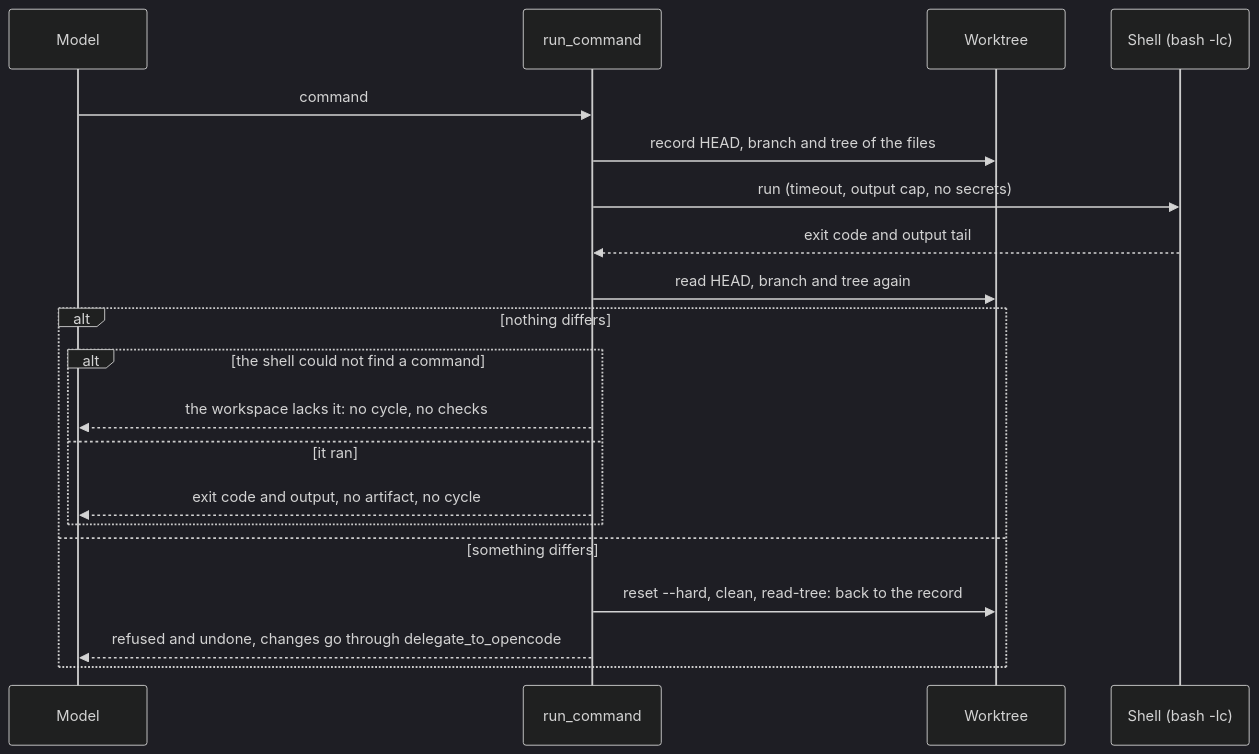
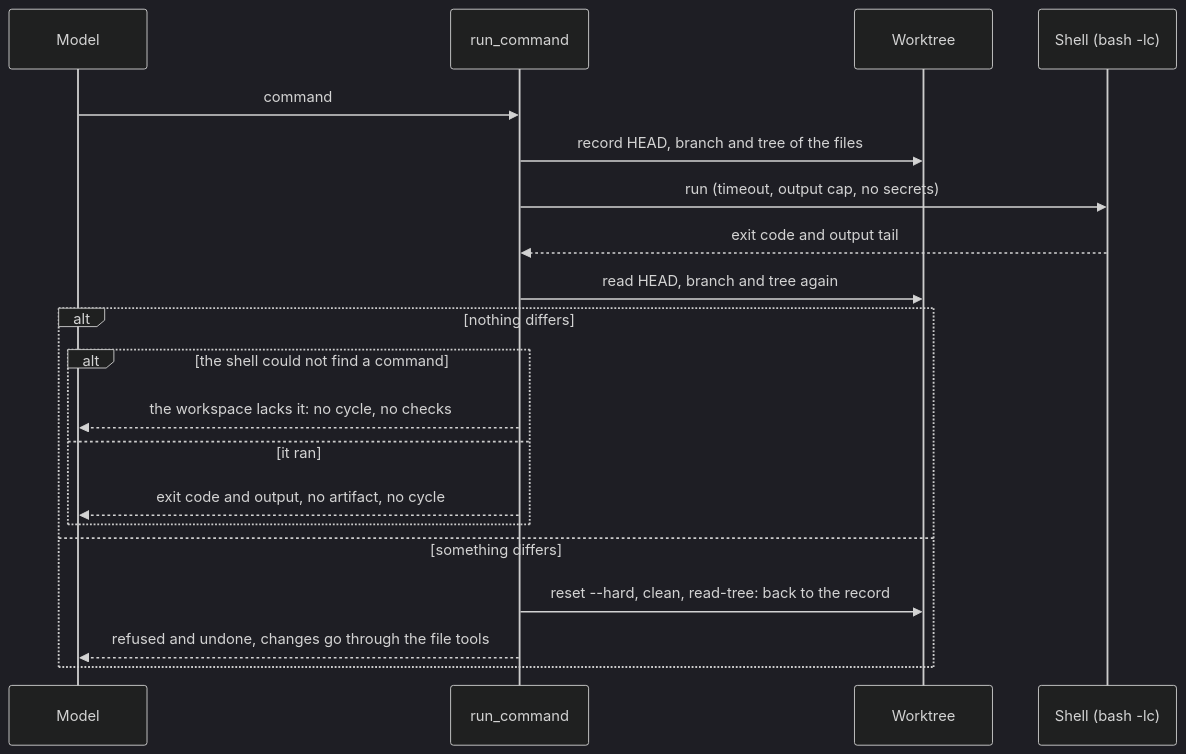
Diagram 21 of 31 in bin/adam-coder/README.md (vymalo/another-adam-rs), drawn with Mermaid (dark theme) before and after one commit. The commit also changed other lines of this file and 34 other files, not shown here.

````diff
--- a/bin/adam-coder/README.md
+++ b/bin/adam-coder/README.md
@@ -1394,22 +1353,22 @@
 ```mermaid
 sequenceDiagram
   participant M as Model
   participant T as run_command
   participant W as Worktree
   participant S as Shell (bash -lc)
   M->>T: command
   T->>W: record HEAD, branch and tree of the files
   T->>S: run (timeout, output cap, no secrets)
   S-->>T: exit code and output tail
   T->>W: read HEAD, branch and tree again
   alt nothing differs
     alt the shell could not find a command
       T-->>M: the workspace lacks it: no cycle, no checks
     else it ran
       T-->>M: exit code and output, no artifact, no cycle
     end
   else something differs
     T->>W: reset --hard, clean, read-tree: back to the record
-    T-->>M: refused and undone, changes go through delegate_to_opencode
+    T-->>M: refused and undone, changes go through the file tools
   end
 ```
````
